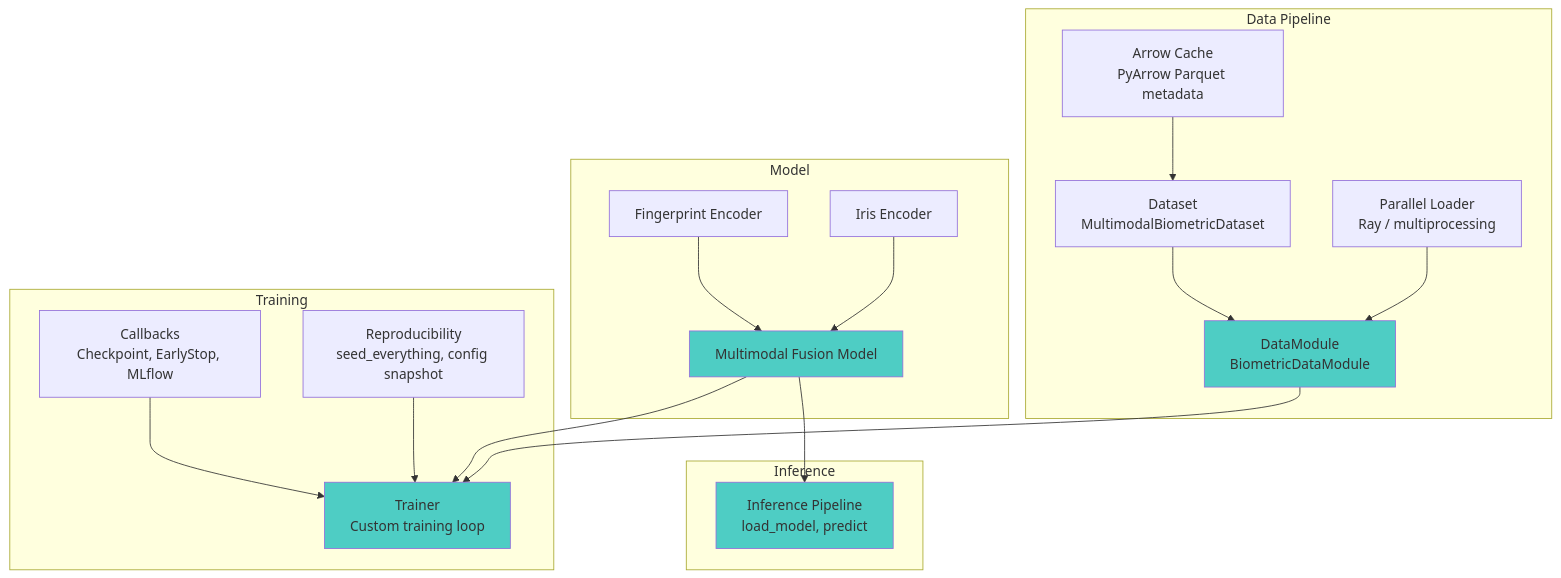
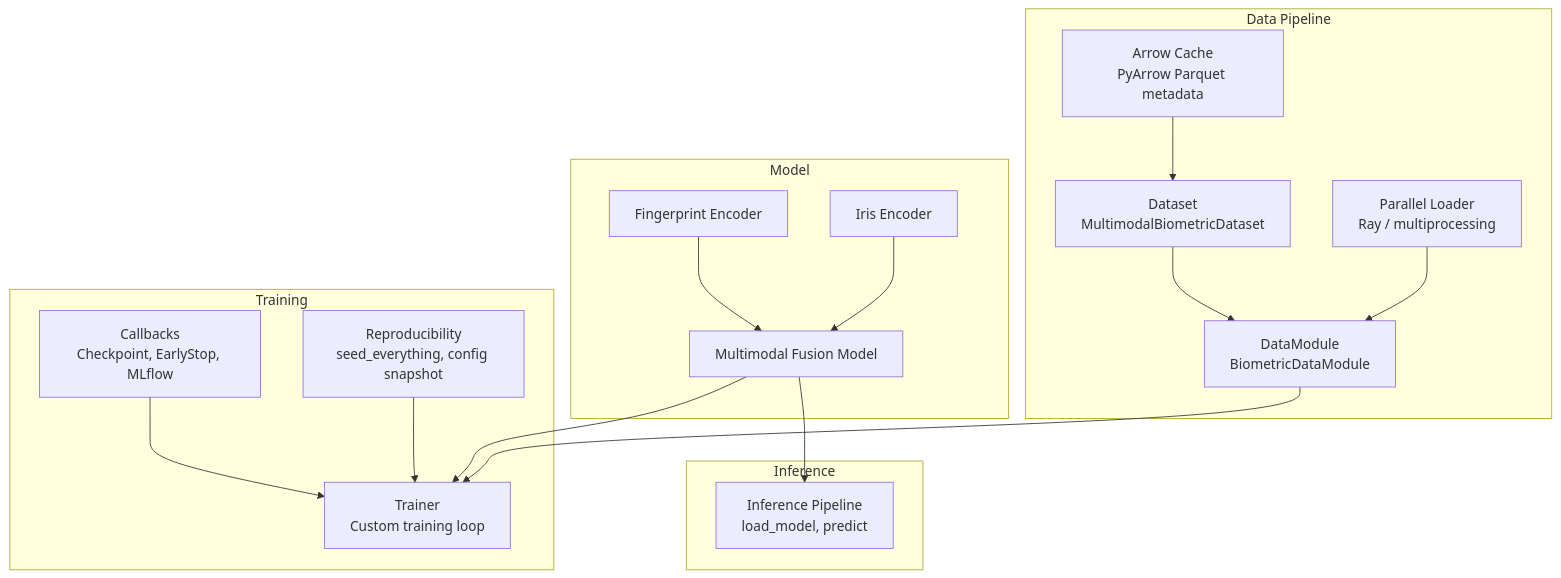
One commit to Skumarr53/BoschAssignment changed the third of 5 diagrams in docs/architecture.md. Above: the diagram before and after it, drawn with Mermaid. The commit also changed other lines of this file and 15 other files, not shown here.

````diff
--- a/docs/architecture.md
+++ b/docs/architecture.md
@@ -45,41 +100,36 @@
 ```mermaid
 graph TB
     subgraph "Data Pipeline"
         ArrowCache[Arrow Cache<br/>PyArrow Parquet metadata]
         Dataset[Dataset<br/>MultimodalBiometricDataset]
         DataModule[DataModule<br/>BiometricDataModule]
         ParallelLoader[Parallel Loader<br/>Ray / multiprocessing]
     end
 
     subgraph "Model"
         FingerprintEnc[Fingerprint Encoder]
         IrisEnc[Iris Encoder]
         FusionModel[Multimodal Fusion Model]
     end
 
     subgraph "Training"
         Trainer[Trainer<br/>Custom training loop]
         Callbacks[Callbacks<br/>Checkpoint, EarlyStop, MLflow]
         Reproducibility[Reproducibility<br/>seed_everything, config snapshot]
     end
 
     subgraph "Inference"
         Pipeline[Inference Pipeline<br/>load_model, predict]
     end
 
     ArrowCache --> Dataset
     Dataset --> DataModule
     ParallelLoader --> DataModule
     DataModule --> Trainer
     FingerprintEnc --> FusionModel
     IrisEnc --> FusionModel
     FusionModel --> Trainer
     Callbacks --> Trainer
     Reproducibility --> Trainer
     FusionModel --> Pipeline
-
-    style DataModule fill:#4ecdc4
-    style FusionModel fill:#4ecdc4
-    style Trainer fill:#4ecdc4
-    style Pipeline fill:#4ecdc4
 ```
````
